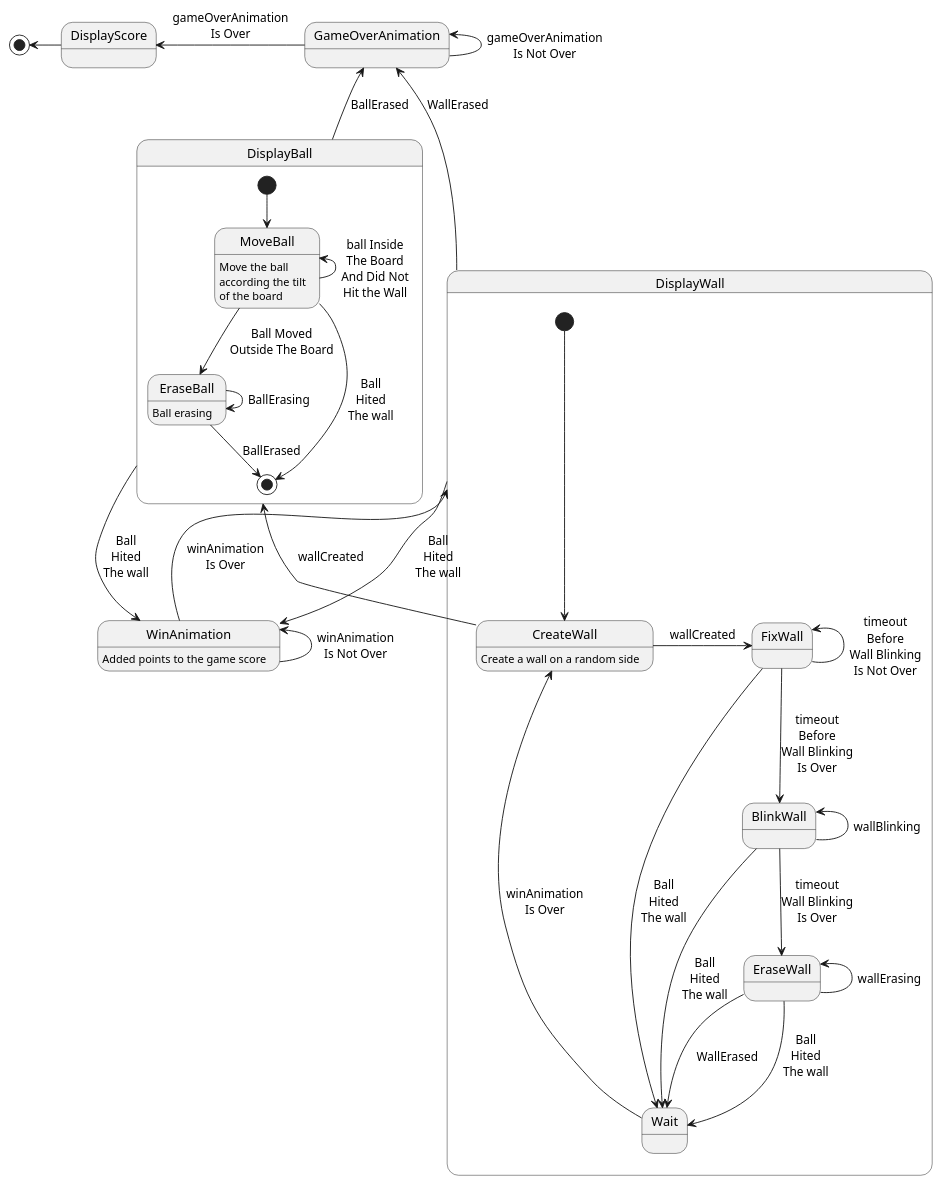
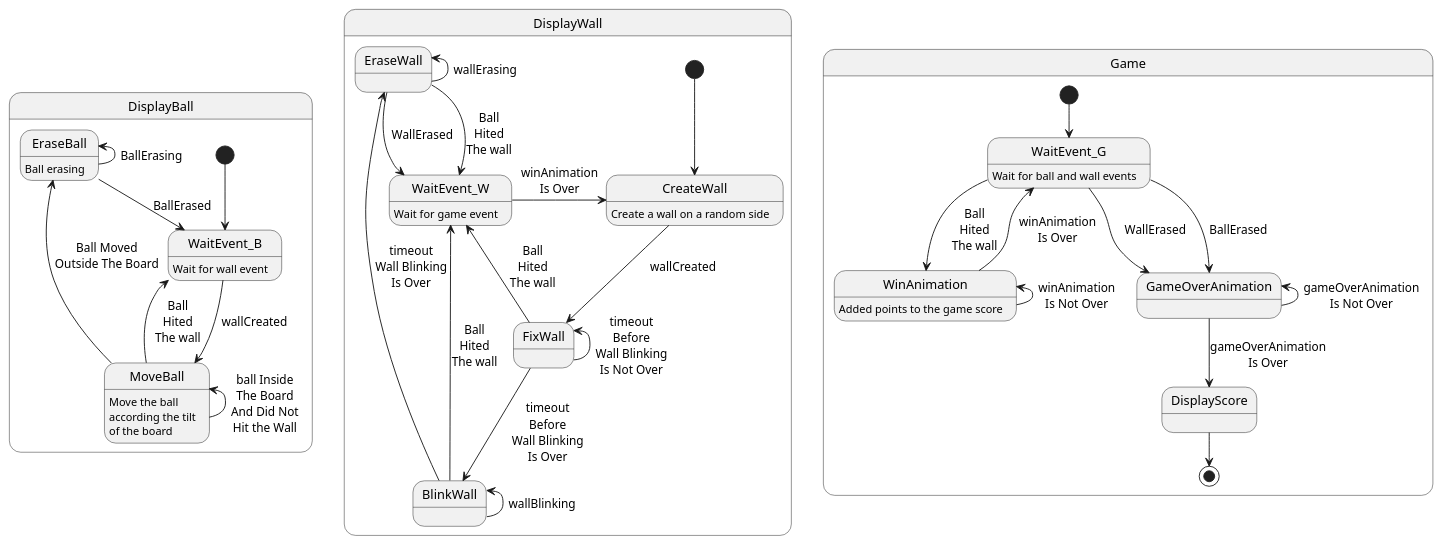
The diagram in Arduino-nano/LedsPong/LedsPong.puml (jebissey/GamesOfSkill), drawn with PlantUML before and after one commit. The commit also changed 6 other files, not shown here.

```diff
--- a/Arduino-nano/LedsPong/LedsPong.puml
+++ b/Arduino-nano/LedsPong/LedsPong.puml
@@ -1,52 +1,61 @@
 @startuml
 
 state DisplayBall {
-    [*] --> MoveBall
+    [*] --> WaitEvent_B
+
+    WaitEvent_B : Wait for wall event
+    WaitEvent_B -> MoveBall : wallCreated
 
     MoveBall : Move the ball\naccording the tilt\nof the board
     MoveBall -up-> MoveBall : ball Inside\nThe Board\nAnd Did Not\nHit the Wall
     MoveBall --> EraseBall :  Ball Moved\nOutside The Board
-    MoveBall --> [*] : Ball\nHited\nThe wall
+    MoveBall --> WaitEvent_B : Ball\nHited\nThe wall
 
     EraseBall : Ball erasing
-    EraseBall -> EraseBall : BallErasing
-    EraseBall --> [*] : BallErased
+    EraseBall -up-> EraseBall : BallErasing
+    EraseBall --> WaitEvent_B : BallErased
+
 }
-DisplayBall --> WinAnimation : Ball\nHited\nThe wall
-DisplayBall -up-> GameOverAnimation : BallErased
 
 state DisplayWall {
     [*] --> CreateWall
 
     CreateWall : Create a wall on a random side
-    CreateWall -> FixWall : wallCreated
-    CreateWall --> DisplayBall : wallCreated
+    CreateWall --> FixWall : wallCreated
 
     FixWall -up-> FixWall : timeout\nBefore\nWall Blinking\nIs Not Over
     FixWall --> BlinkWall : timeout\nBefore\nWall Blinking\nIs Over
-    FixWall ->  Wait :  Ball\nHited\nThe wall
+    FixWall ->  WaitEvent_W :  Ball\nHited\nThe wall
     
     BlinkWall -up-> BlinkWall : wallBlinking
     BlinkWall --> EraseWall : timeout\nWall Blinking\nIs Over
-    BlinkWall ->  Wait :  Ball\nHited\nThe wall
+    BlinkWall ->  WaitEvent_W :  Ball\nHited\nThe wall
 
     EraseWall -up-> EraseWall : wallErasing
-    EraseWall --> Wait : WallErased
-    EraseWall ->  Wait :  Ball\nHited\nThe wall
+    EraseWall --> WaitEvent_W : WallErased
+    EraseWall ->  WaitEvent_W :  Ball\nHited\nThe wall
 
-    Wait -> CreateWall : winAnimation\nIs Over
+    WaitEvent_W : Wait for game event
+    WaitEvent_W -> CreateWall : winAnimation\nIs Over
 }
 
-DisplayWall -up-> GameOverAnimation : WallErased
-DisplayWall --> WinAnimation : Ball\nHited\nThe wall
+state Game {
+    [*] --> WaitEvent_G
 
-WinAnimation : Added points to the game score
-WinAnimation -up-> WinAnimation : winAnimation\nIs Not Over
-WinAnimation -down-> DisplayWall : winAnimation\nIs Over
+    WaitEvent_G : Wait for ball and wall events
+    WaitEvent_G --> GameOverAnimation : WallErased
+    WaitEvent_G --> GameOverAnimation : BallErased
 
-GameOverAnimation -up-> GameOverAnimation : gameOverAnimation\nIs Not Over
-GameOverAnimation -left-> DisplayScore : gameOverAnimation\nIs Over
+    WaitEvent_G --> WinAnimation : Ball\nHited\nThe wall
 
-DisplayScore -left-> [*]
+    WinAnimation : Added points to the game score
+    WinAnimation -up-> WinAnimation : winAnimation\nIs Not Over
+    WinAnimation --> WaitEvent_G : winAnimation\nIs Over
+
+    GameOverAnimation -up-> GameOverAnimation : gameOverAnimation\nIs Not Over
+    GameOverAnimation --> DisplayScore : gameOverAnimation\nIs Over
+
+    DisplayScore --> [*]
+}
 
 @enduml
```
